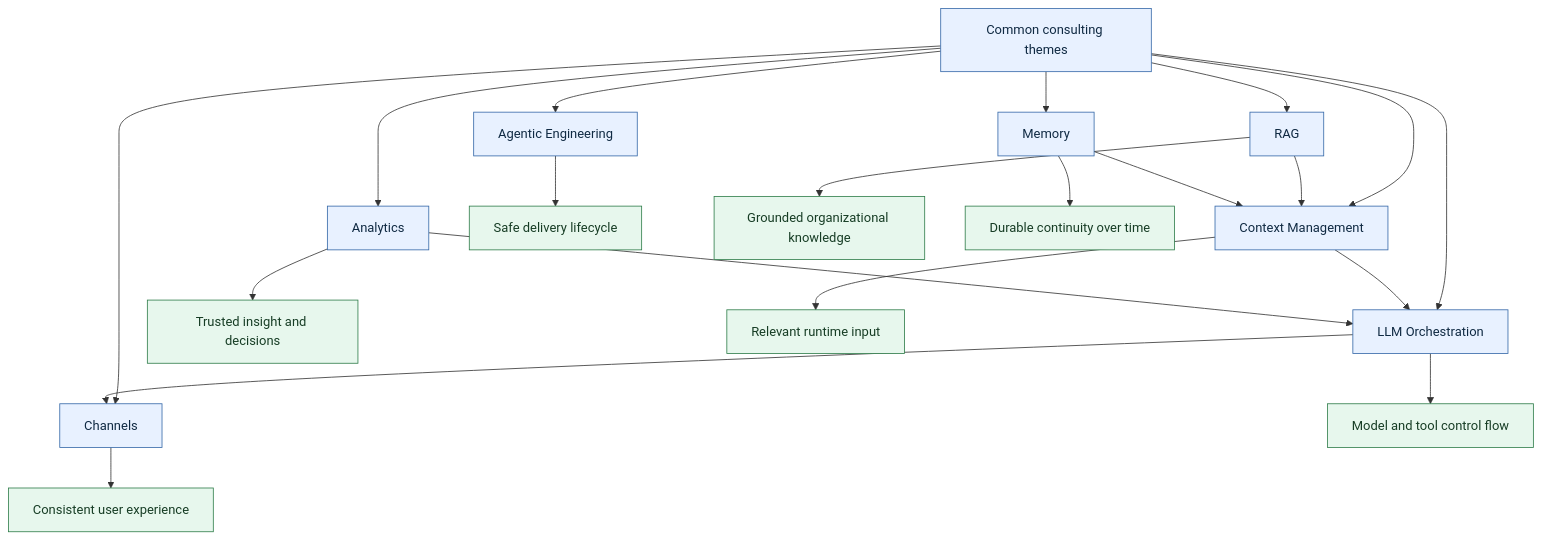
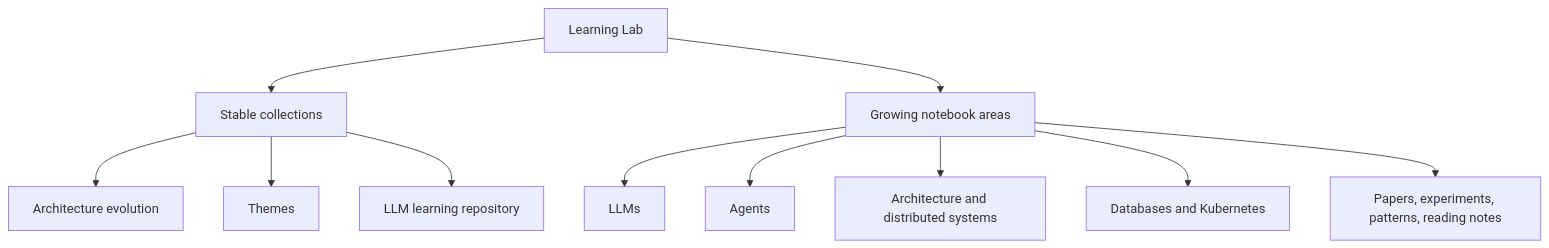
Before and after one commit to niyama-admin/learning-lab: the diagram in README.md, drawn with Mermaid. The commit also changed other lines of this file and 19 other files, not shown here.

Commit message:
prepare-learning-lab-standalone-repository

````diff
--- a/README.md
+++ b/README.md
@@ -9,29 +30,13 @@
 ```mermaid
 flowchart TB
-    COMMON[Common consulting themes] --> AE[Agentic Engineering]
-    COMMON --> AN[Analytics]
-    COMMON --> CM[Context Management]
-    COMMON --> ORCH[LLM Orchestration]
-    COMMON --> RAG[RAG]
-    COMMON --> CH[Channels]
-    COMMON --> MEM[Memory]
-
-    AE --> DELIVERY[Safe delivery lifecycle]
-    AN --> INSIGHT[Trusted insight and decisions]
-    CM --> INPUT[Relevant runtime input]
-    ORCH --> CONTROL[Model and tool control flow]
-    RAG --> KNOWLEDGE[Grounded organizational knowledge]
-    CH --> EXPERIENCE[Consistent user experience]
-    MEM --> CONTINUITY[Durable continuity over time]
-
-    CM --> ORCH
-    RAG --> CM
-    MEM --> CM
-    ORCH --> CH
-    AN --> ORCH
-
-    classDef theme fill:#e8f1ff,stroke:#3568a8,color:#102a43
-    classDef outcome fill:#e7f7ed,stroke:#2f7d4a,color:#173d25
-    class COMMON,AE,AN,CM,ORCH,RAG,CH,MEM theme
-    class DELIVERY,INSIGHT,INPUT,CONTROL,KNOWLEDGE,EXPERIENCE,CONTINUITY outcome
+  LAB[Learning Lab] --> CORE[Stable collections]
+  LAB --> AREAS[Growing notebook areas]
+  CORE --> AE[Architecture evolution]
+  CORE --> TH[Themes]
+  CORE --> LR[LLM learning repository]
+  AREAS --> LLM[LLMs]
+  AREAS --> AG[Agents]
+  AREAS --> SYS[Architecture and distributed systems]
+  AREAS --> DATA[Databases and Kubernetes]
+  AREAS --> PRACTICE[Papers, experiments, patterns, reading notes]
 ```
````
